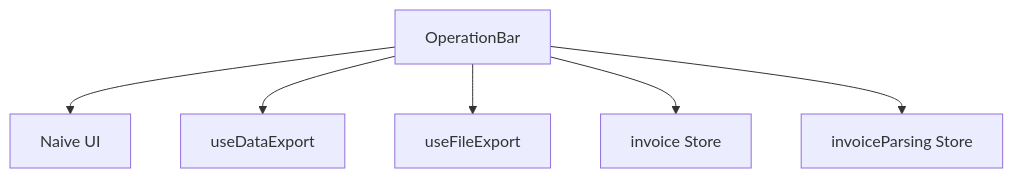
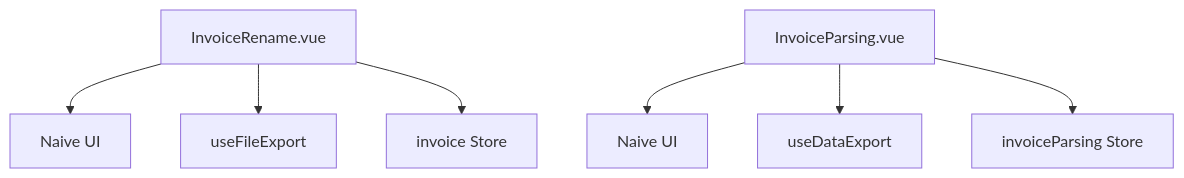
One commit to dunhuixiao/FinanceTools changed the fifth of 5 diagrams in .qoder/repowiki/zh/content/组件架构设计/操作控制栏组件.md. Above: the diagram before and after it, drawn with Mermaid. The commit also changed other lines of this file and 4 other files, not shown here.

````diff
--- a/.qoder/repowiki/zh/content/组件架构设计/操作控制栏组件.md
+++ b/.qoder/repowiki/zh/content/组件架构设计/操作控制栏组件.md
@@ -150,8 +136,9 @@
 ```mermaid
 graph TD
-A[OperationBar] --> B[Naive UI]
-A --> C[useDataExport]
-A --> D[useFileExport]
-A --> E[invoice Store]
-A --> F[invoiceParsing Store]
+A[InvoiceRename.vue] --> B[Naive UI]
+A --> C[useFileExport]
+A --> D[invoice Store]
+E[InvoiceParsing.vue] --> F[Naive UI]
+E --> G[useDataExport]
+E --> H[invoiceParsing Store]
 ```
````
